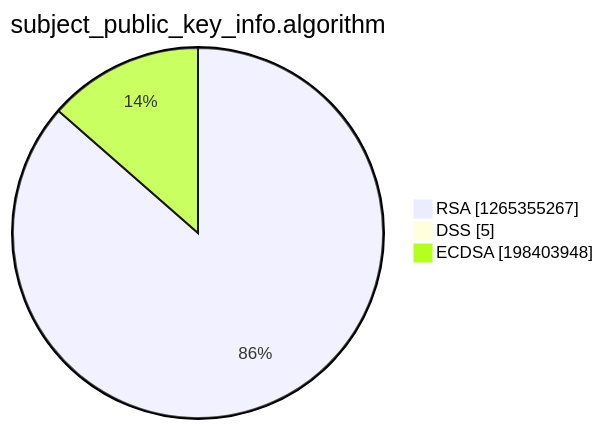
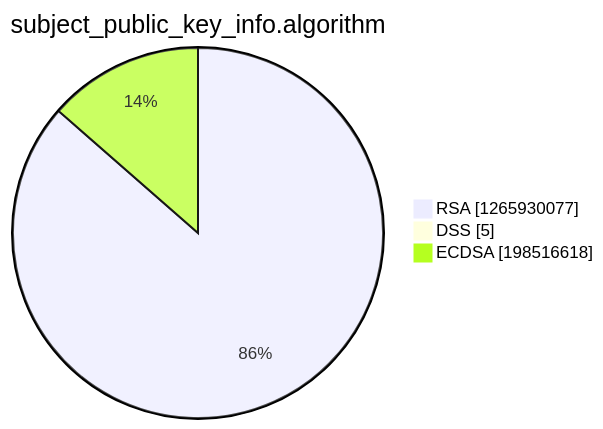
One commit to christiankrug/ctmonitor_visualization changed the third of 15 diagrams in argon2022/README.md. Above: the diagram before and after it, drawn with Mermaid. The commit also changed other lines of this file, not shown here.

````diff
--- a/argon2022/README.md
+++ b/argon2022/README.md
@@ -14,7 +14,7 @@
 ```mermaid
 pie showData
 title subject_public_key_info.algorithm
-"RSA" :1265355267
+"RSA" :1265930077
 "DSS" :5
-"ECDSA" :198403948
+"ECDSA" :198516618
 ```
````
